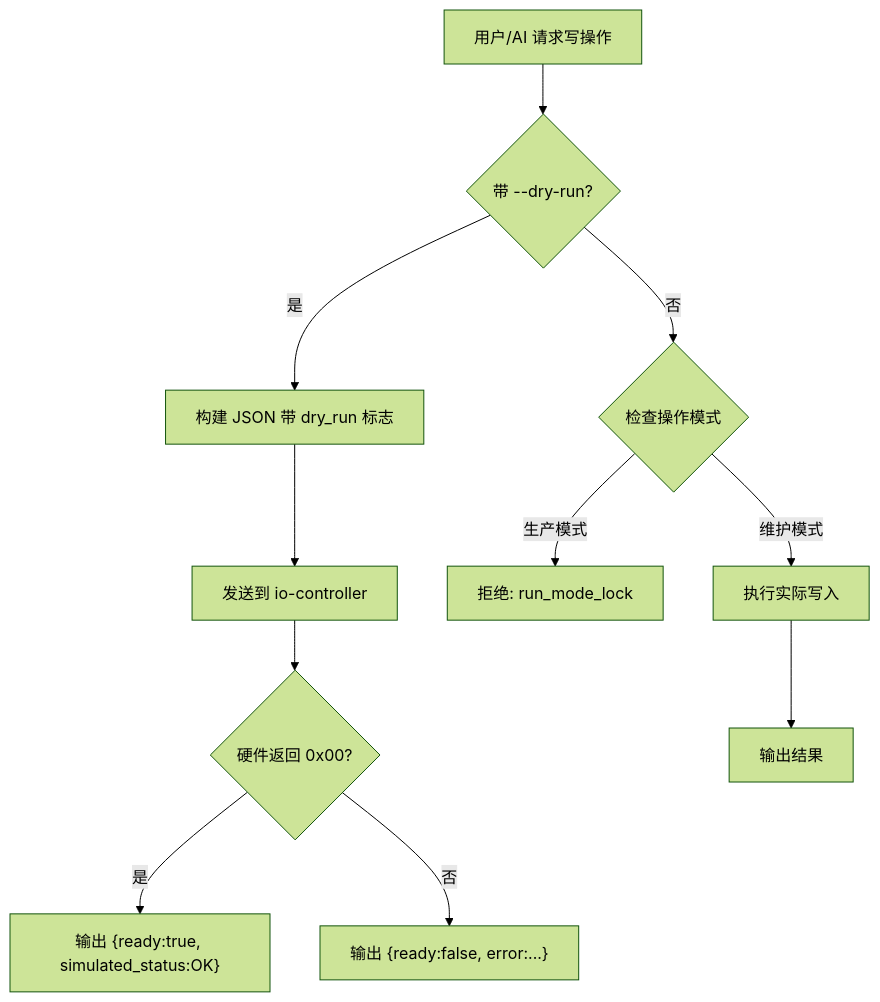
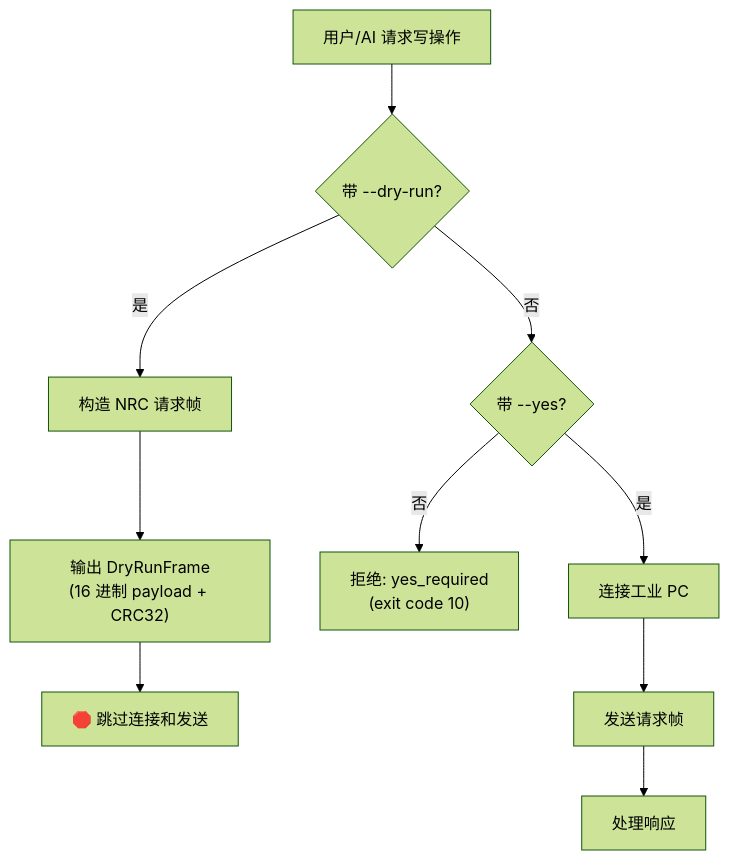
Before and after one commit to hqy2435662352/inl: the third of 4 diagrams in docs/inl-architecture.md, drawn with Mermaid (forest theme). The commit also changed other lines of this file and 13 other files, not shown here.

````diff
--- a/docs/inl-architecture.md
+++ b/docs/inl-architecture.md
@@ -250,13 +251,12 @@
 ```mermaid
 flowchart TD
     A[用户/AI 请求写操作] --> B{带 --dry-run?}
-    B -->|是| C[构建 JSON 带 dry_run 标志]
-    C --> D[发送到 io-controller]
-    D --> E{硬件返回 0x00?}
-    E -->|是| F["输出 {ready:true, simulated_status:OK}"]
-    E -->|否| G["输出 {ready:false, error:...}"]
-    B -->|否| H{检查操作模式}
-    H -->|生产模式| I["拒绝: run_mode_lock"]
-    H -->|维护模式| J[执行实际写入]
-    J --> K[输出结果]
+    B -->|是| C[构造 NRC 请求帧]
+    C --> D["输出 DryRunFrame<br/>(16 进制 payload + CRC32)"]
+    D --> E["🛑 跳过连接和发送"]
+    B -->|否| F{带 --yes?}
+    F -->|否| G["拒绝: yes_required<br/>(exit code 10)"]
+    F -->|是| H[连接工业 PC]
+    H --> I[发送请求帧]
+    I --> J[处理响应]
 ```
````
